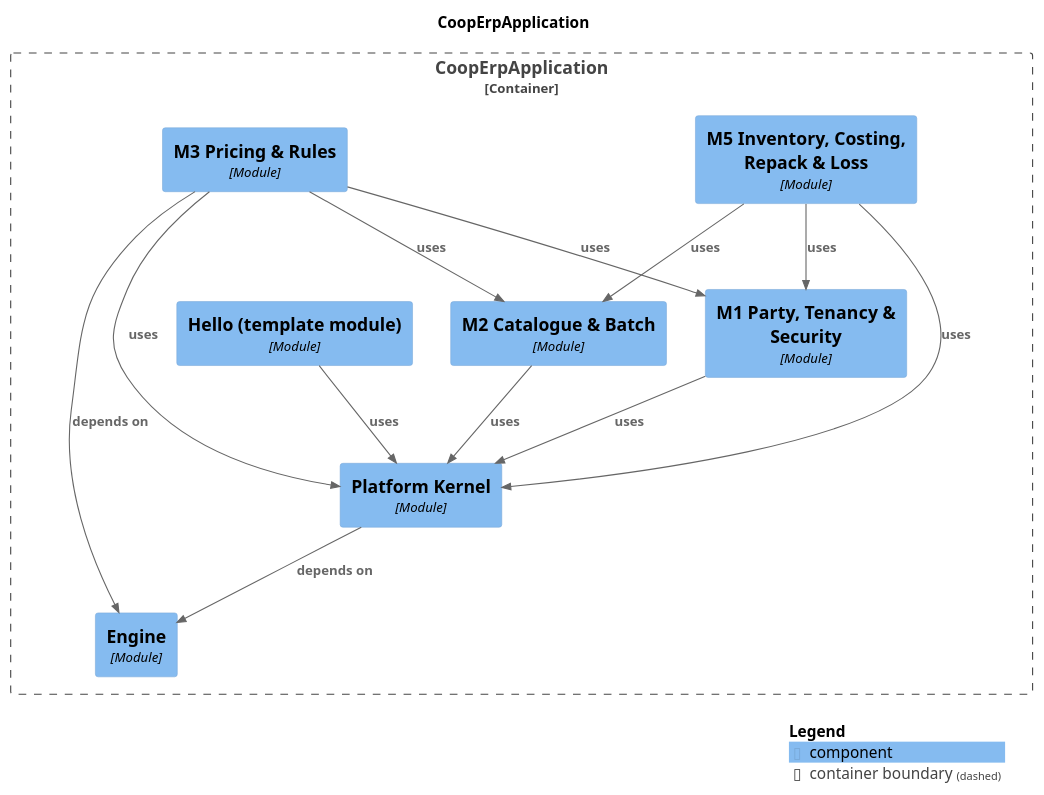
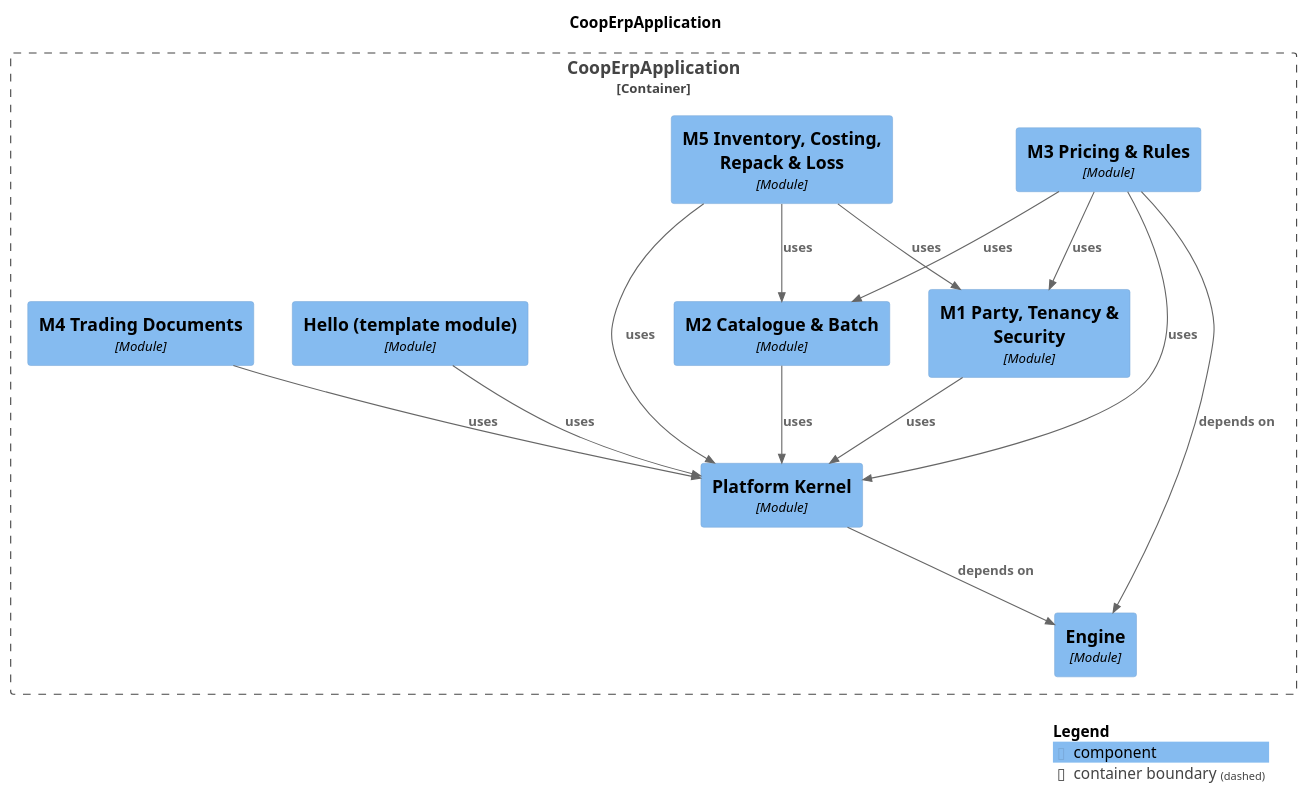
One commit to Knoweb/COOP_ERP changed the diagram in docs/modules/components.puml. Above: the diagram before and after it, drawn with PlantUML. The commit also changed 56 other files, not shown here.

First line of the commit message:
feat(m4): trading scaffold: schema, RLS, seeds, the api events and the M3/M2/M5 seams (M4-01) (#152)

```diff
--- a/docs/modules/components.puml
+++ b/docs/modules/components.puml
@@ -1,34 +1,36 @@
 @startuml
 set separator none
 title CoopErpApplication
 
 top to bottom direction
 
 !include <C4/C4>
 !include <C4/C4_Context>
 !include <C4/C4_Component>
 
 Container_Boundary("CoopErpApplication.CoopErpApplication_boundary", "CoopErpApplication", $tags="") {
+  Component(CoopErpApplication.CoopErpApplication.M3PricingRules, "M3 Pricing & Rules", $techn="Module", $descr="", $tags="", $link="")
   Component(CoopErpApplication.CoopErpApplication.M5InventoryCostingRepackLoss, "M5 Inventory, Costing, Repack & Loss", $techn="Module", $descr="", $tags="", $link="")
   Component(CoopErpApplication.CoopErpApplication.Engine, "Engine", $techn="Module", $descr="", $tags="", $link="")
   Component(CoopErpApplication.CoopErpApplication.PlatformKernel, "Platform Kernel", $techn="Module", $descr="", $tags="", $link="")
   Component(CoopErpApplication.CoopErpApplication.Hellotemplatemodule, "Hello (template module)", $techn="Module", $descr="", $tags="", $link="")
   Component(CoopErpApplication.CoopErpApplication.M1PartyTenancySecurity, "M1 Party, Tenancy & Security", $techn="Module", $descr="", $tags="", $link="")
   Component(CoopErpApplication.CoopErpApplication.M2CatalogueBatch, "M2 Catalogue & Batch", $techn="Module", $descr="", $tags="", $link="")
-  Component(CoopErpApplication.CoopErpApplication.M3PricingRules, "M3 Pricing & Rules", $techn="Module", $descr="", $tags="", $link="")
+  Component(CoopErpApplication.CoopErpApplication.M4TradingDocuments, "M4 Trading Documents", $techn="Module", $descr="", $tags="", $link="")
 }
 
 Rel(CoopErpApplication.CoopErpApplication.Hellotemplatemodule, CoopErpApplication.CoopErpApplication.PlatformKernel, "uses", $techn="", $tags="", $link="")
 Rel(CoopErpApplication.CoopErpApplication.M1PartyTenancySecurity, CoopErpApplication.CoopErpApplication.PlatformKernel, "uses", $techn="", $tags="", $link="")
 Rel(CoopErpApplication.CoopErpApplication.M2CatalogueBatch, CoopErpApplication.CoopErpApplication.PlatformKernel, "uses", $techn="", $tags="", $link="")
 Rel(CoopErpApplication.CoopErpApplication.M3PricingRules, CoopErpApplication.CoopErpApplication.Engine, "depends on", $techn="", $tags="", $link="")
 Rel(CoopErpApplication.CoopErpApplication.M3PricingRules, CoopErpApplication.CoopErpApplication.M1PartyTenancySecurity, "uses", $techn="", $tags="", $link="")
 Rel(CoopErpApplication.CoopErpApplication.M3PricingRules, CoopErpApplication.CoopErpApplication.M2CatalogueBatch, "uses", $techn="", $tags="", $link="")
 Rel(CoopErpApplication.CoopErpApplication.M3PricingRules, CoopErpApplication.CoopErpApplication.PlatformKernel, "uses", $techn="", $tags="", $link="")
+Rel(CoopErpApplication.CoopErpApplication.M4TradingDocuments, CoopErpApplication.CoopErpApplication.PlatformKernel, "uses", $techn="", $tags="", $link="")
 Rel(CoopErpApplication.CoopErpApplication.M5InventoryCostingRepackLoss, CoopErpApplication.CoopErpApplication.M1PartyTenancySecurity, "uses", $techn="", $tags="", $link="")
 Rel(CoopErpApplication.CoopErpApplication.M5InventoryCostingRepackLoss, CoopErpApplication.CoopErpApplication.M2CatalogueBatch, "uses", $techn="", $tags="", $link="")
 Rel(CoopErpApplication.CoopErpApplication.M5InventoryCostingRepackLoss, CoopErpApplication.CoopErpApplication.PlatformKernel, "uses", $techn="", $tags="", $link="")
 Rel(CoopErpApplication.CoopErpApplication.PlatformKernel, CoopErpApplication.CoopErpApplication.Engine, "depends on", $techn="", $tags="", $link="")
 
 SHOW_LEGEND(true)
 @enduml
```
